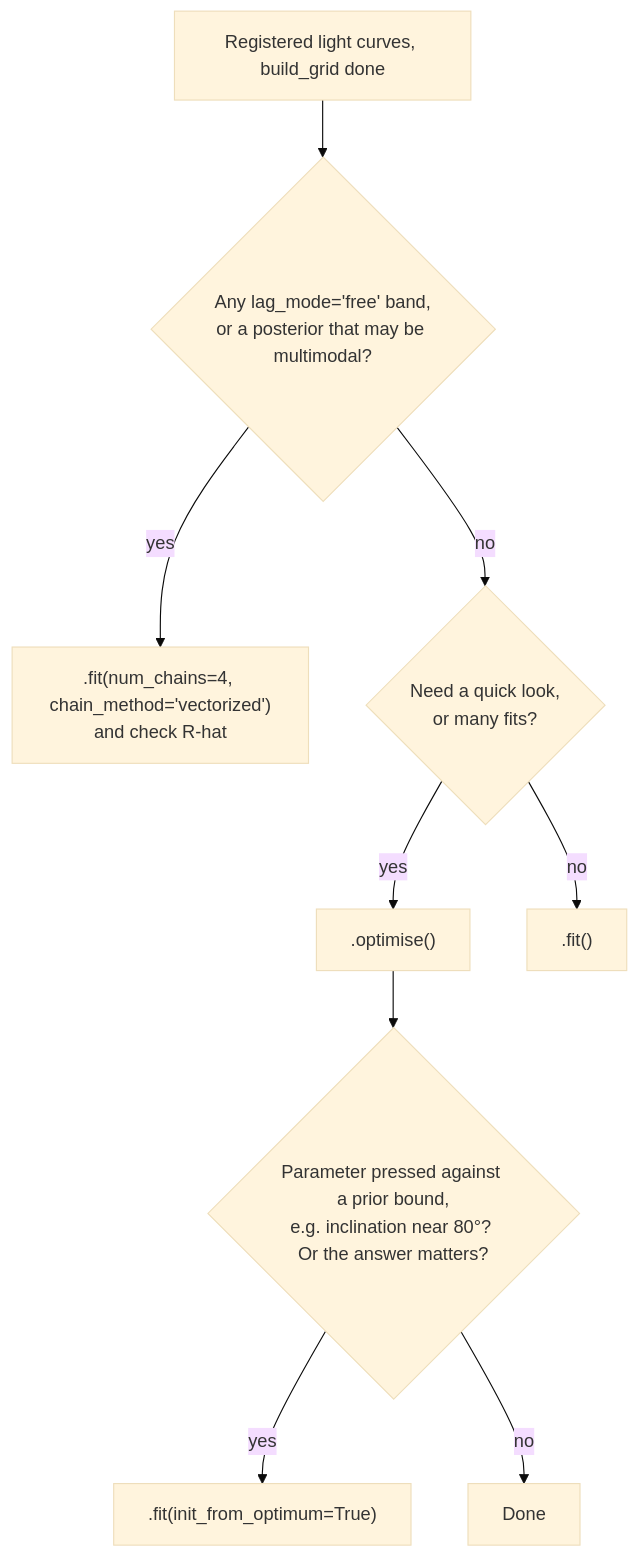
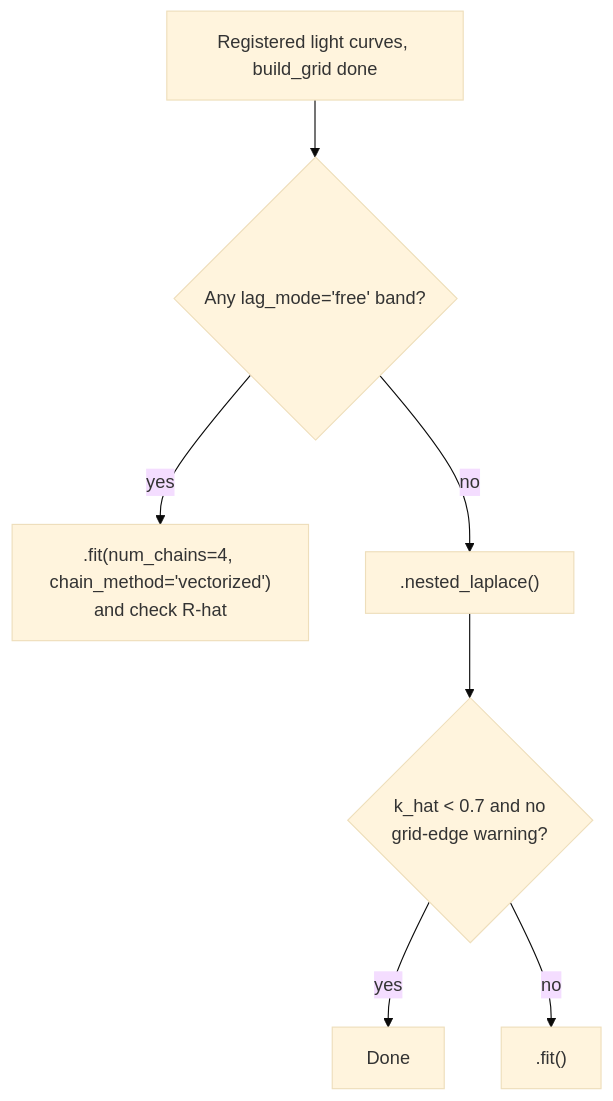
Before and after one commit to drds1/pycream2: the diagram in docs/fitting_guide.md, drawn with Mermaid (base theme). The commit also changed other lines of this file and 10 other files, not shown here.

First line of the commit message:
Document nested_laplace(): method, validation against nested sampling, landscapes, cost

````diff
--- a/docs/fitting_guide.md
+++ b/docs/fitting_guide.md
@@ -47,11 +50,9 @@
 ```mermaid
 flowchart TD
-    A[Registered light curves, build_grid done] --> B{Any lag_mode='free' band,<br/>or a posterior that may be multimodal?}
+    A[Registered light curves, build_grid done] --> B{Any lag_mode='free' band?}
     B -- yes --> C[".fit(num_chains=4, chain_method='vectorized')<br/>and check R-hat"]
-    B -- no --> D{Need a quick look,<br/>or many fits?}
-    D -- yes --> E[".optimise()"]
-    E --> F{Parameter pressed against a prior bound,<br/>e.g. inclination near 80°? Or the answer matters?}
-    F -- yes --> G[".fit(init_from_optimum=True)"]
-    F -- no --> H[Done]
-    D -- no --> I[".fit()"]
+    B -- no --> D[".nested_laplace()"]
+    D --> F{k_hat < 0.7 and no<br/>grid-edge warning?}
+    F -- yes --> H[Done]
+    F -- no --> G[".fit()"]
 ```
````
